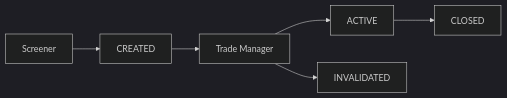
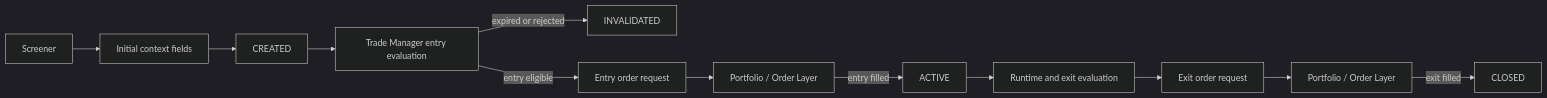
The second of 2 diagrams in .agents/skills/strategy-screener/playbook/TEMPLATE.md (fxhuhn/croc-trader), drawn with Mermaid (dark theme) before and after one commit. The commit also changed 4 other files, not shown here.

````diff
--- a/.agents/skills/strategy-screener/playbook/TEMPLATE.md
+++ b/.agents/skills/strategy-screener/playbook/TEMPLATE.md
@@ -221,8 +221,14 @@
 ```mermaid
 flowchart LR
-    SC["Screener"] --> CREATED["CREATED"]
-    CREATED --> TM["Trade Manager"]
-    TM --> ACTIVE["ACTIVE"]
-    TM --> INVALIDATED["INVALIDATED"]
-    ACTIVE --> CLOSED["CLOSED"]
+    SC["Screener"] --> CTX["Initial context fields"]
+    CTX --> CREATED["CREATED"]
+    CREATED --> TM["Trade Manager entry evaluation"]
+    TM -->|expired or rejected| INVALIDATED["INVALIDATED"]
+    TM -->|entry eligible| EREQ["Entry order request"]
+    EREQ --> EOL["Portfolio / Order Layer"]
+    EOL -->|entry filled| ACTIVE["ACTIVE"]
+    ACTIVE --> EXIT["Runtime and exit evaluation"]
+    EXIT --> XREQ["Exit order request"]
+    XREQ --> XOL["Portfolio / Order Layer"]
+    XOL -->|exit filled| CLOSED["CLOSED"]
 ```
````
